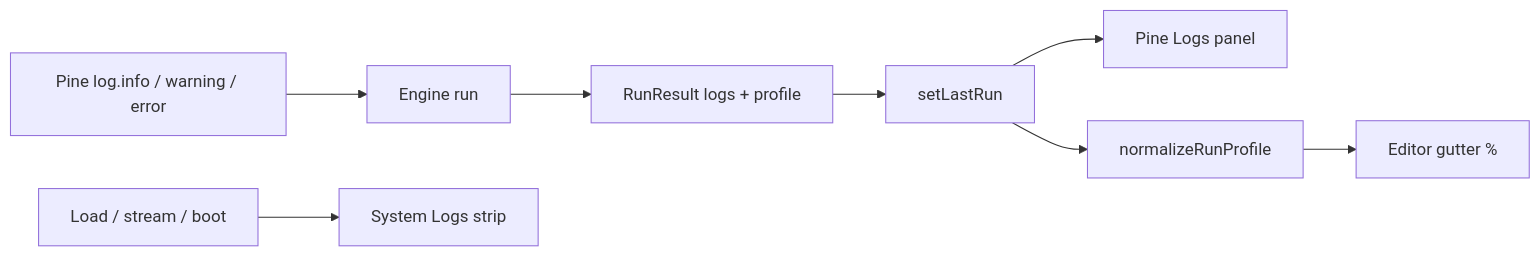
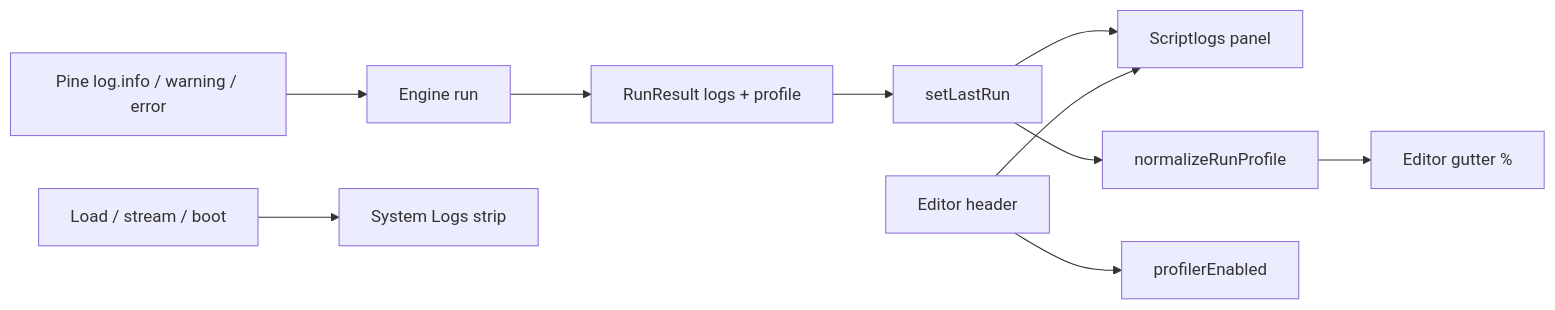
One commit to hoox-sh/axis changed the diagram in docs/ui/debugging.mdx. Above: the diagram before and after it, drawn with Mermaid. The commit also changed other lines of this file and 13 other files, not shown here.

First line of the commit message:
feat(ui): Scriptlogs rename; editor FloatableShell + tools

````diff
--- a/docs/ui/debugging.mdx
+++ b/docs/ui/debugging.mdx
@@ -47,10 +48,12 @@
 ```mermaid
 flowchart LR
   PIN[Pine log.info / warning / error] --> ENG[Engine run]
   ENG --> RR[RunResult logs + profile]
   RR --> LR[setLastRun]
-  LR --> PL[Pine Logs panel]
+  LR --> PL[Scriptlogs panel]
   LR --> PR[normalizeRunProfile]
   PR --> GUT[Editor gutter %]
   APP[Load / stream / boot] --> SL[System Logs strip]
+  ED[Editor header] --> PL
+  ED --> PRF[profilerEnabled]
 ```
````
